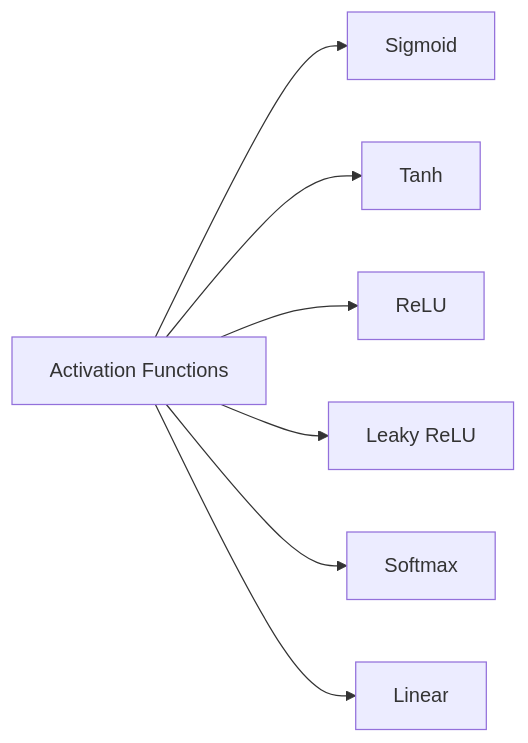
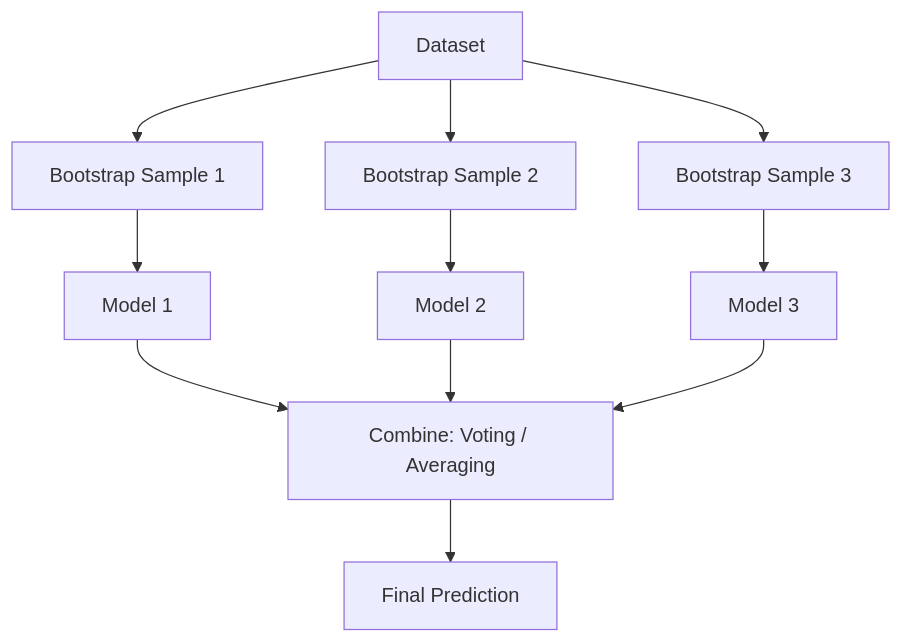
One commit to qarq90/ominous-obsidian changed diagram 13 of 17 in SEM 7/AIDS-2/AIDS-2 IA 2 AB.md. Above: the diagram before and after it, drawn with Mermaid. The commit also changed other lines of this file and 28 other files, not shown here.

````diff
--- a/SEM 7/AIDS-2/AIDS-2 IA 2 AB.md
+++ b/SEM 7/AIDS-2/AIDS-2 IA 2 AB.md
@@ -403,9 +663,16 @@
 ```mermaid
-graph LR
-    A[Activation Functions] --> B[Sigmoid]
-    A --> C[Tanh]
-    A --> D[ReLU]
-    A --> E[Leaky ReLU]
-    A --> F[Softmax]
-    A --> G[Linear]
+graph TD
+    D[Dataset] --> B1[Bootstrap Sample 1]
+    D --> B2[Bootstrap Sample 2]
+    D --> B3[Bootstrap Sample 3]
+
+    B1 --> M1[Model 1]
+    B2 --> M2[Model 2]
+    B3 --> M3[Model 3]
+
+    M1 --> C[Combine: Voting / Averaging]
+    M2 --> C
+    M3 --> C
+
+    C --> P[Final Prediction]
 ```
````
